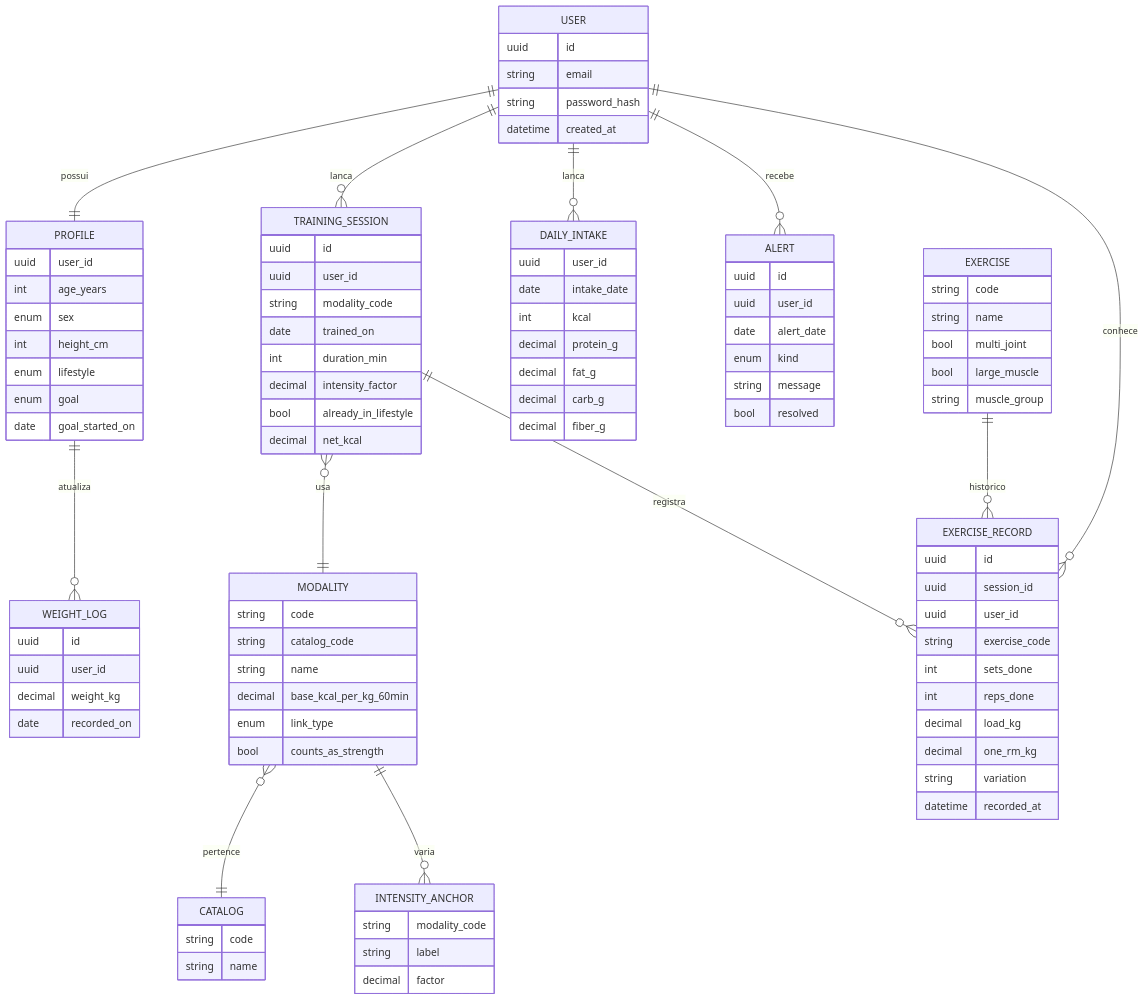
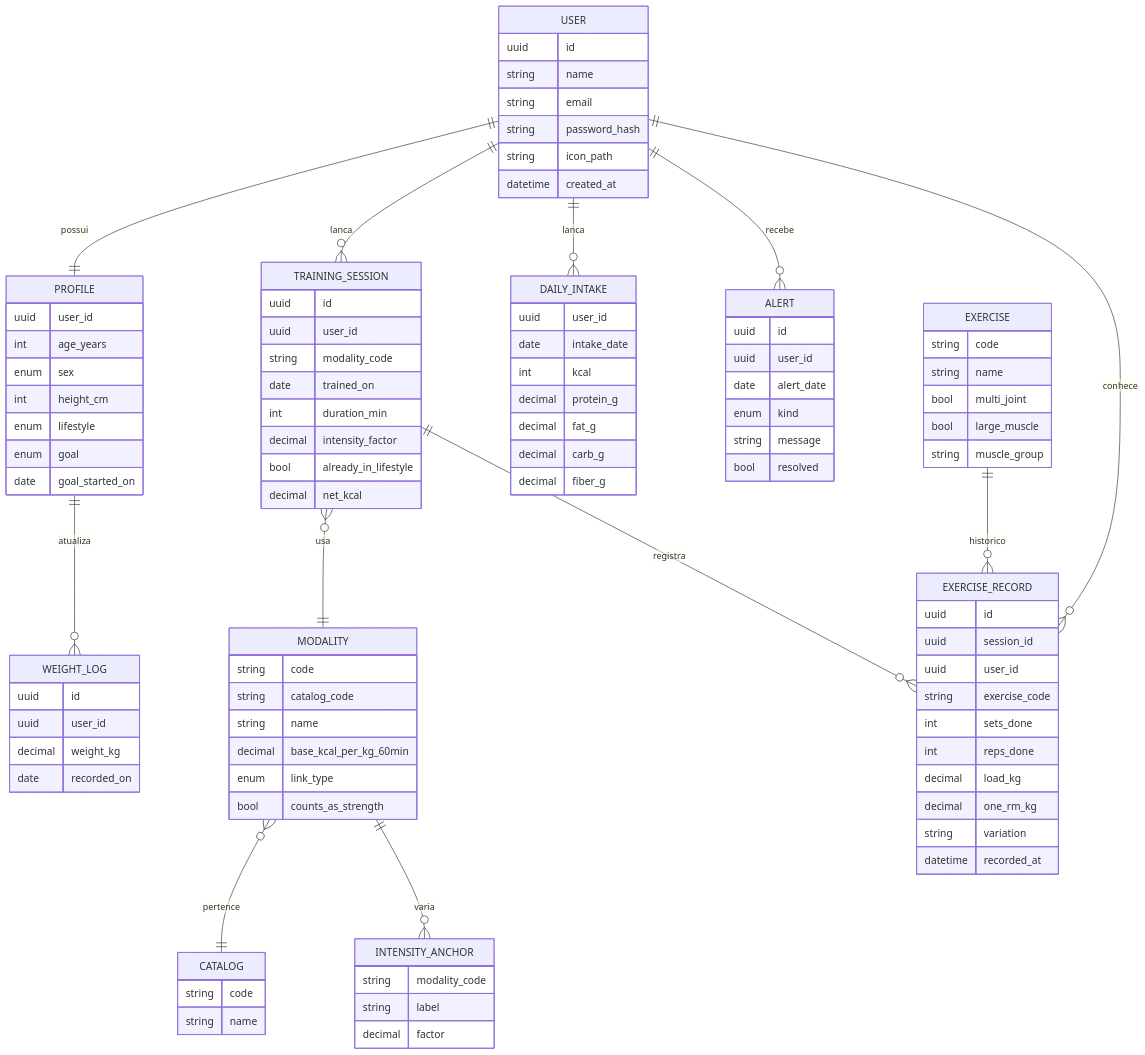
Before and after one commit to AllanCordova/BodyEvolve: the diagram in docs/system/schema.md, drawn with Mermaid. The commit also changed other lines of this file and 43 other files, not shown here.

```diff
--- a/docs/system/schema.md
+++ b/docs/system/schema.md
@@ -22,8 +22,10 @@
 
     USER {
         uuid id
+        string name
         string email
         string password_hash
+        string icon_path
         datetime created_at
     }
 
```
